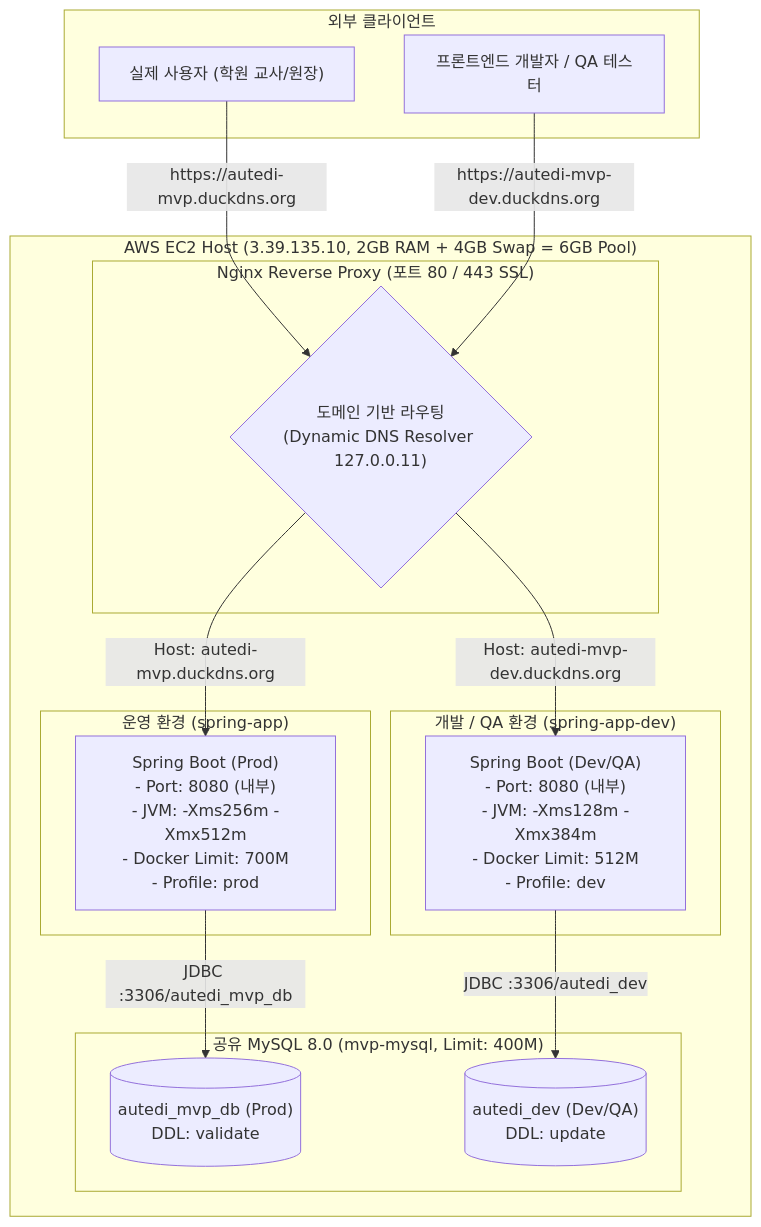
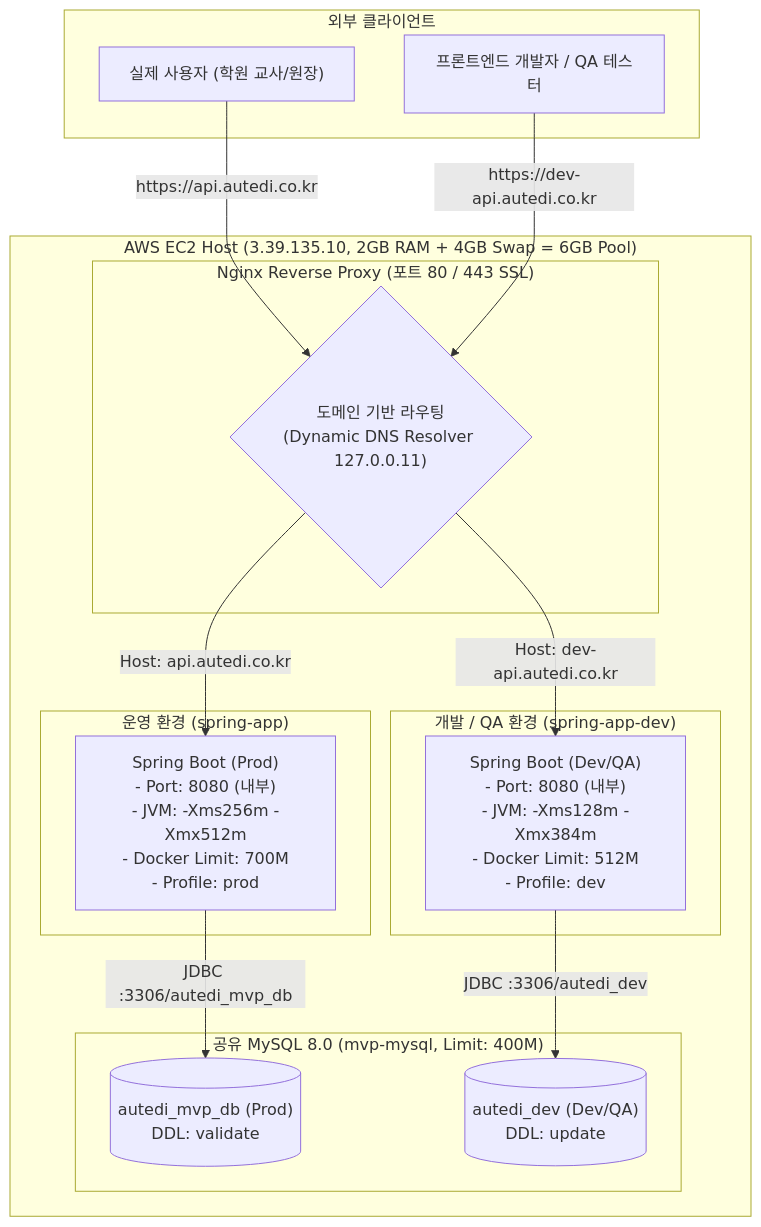
Before and after one commit to AUTEDI/AUTEDI-backend: the tenth of 11 diagrams in docs/DECISIONS.md, drawn with Mermaid. The commit also changed other lines of this file and 9 other files, not shown here.

````diff
--- a/docs/DECISIONS.md
+++ b/docs/DECISIONS.md
@@ -1718,35 +1719,35 @@
 ```mermaid
 flowchart TD
     subgraph Client["외부 클라이언트"]
         User["실제 사용자 (학원 교사/원장)"]
         Tester["프론트엔드 개발자 / QA 테스터"]
     end
 
     subgraph AWS_EC2["AWS EC2 Host (3.39.135.10, 2GB RAM + 4GB Swap = 6GB Pool)"]
         subgraph Nginx_Proxy["Nginx Reverse Proxy (포트 80 / 443 SSL)"]
             Router{"도메인 기반 라우팅\n(Dynamic DNS Resolver 127.0.0.11)"}
         end
 
         subgraph Docker_Prod["운영 환경 (spring-app)"]
             SpringProd["Spring Boot (Prod)\n- Port: 8080 (내부)\n- JVM: -Xms256m -Xmx512m\n- Docker Limit: 700M\n- Profile: prod"]
         end
 
         subgraph Docker_Dev["개발 / QA 환경 (spring-app-dev)"]
             SpringDev["Spring Boot (Dev/QA)\n- Port: 8080 (내부)\n- JVM: -Xms128m -Xmx384m\n- Docker Limit: 512M\n- Profile: dev"]
         end
 
         subgraph Docker_MySQL["공유 MySQL 8.0 (mvp-mysql, Limit: 400M)"]
             DB_Prod[("autedi_mvp_db (Prod)\nDDL: validate")]
             DB_Dev[("autedi_dev (Dev/QA)\nDDL: update")]
         end
     end
 
-    User -->|"https://autedi-mvp.duckdns.org"| Router
-    Tester -->|"https://autedi-mvp-dev.duckdns.org"| Router
+    User -->|"https://api.autedi.co.kr"| Router
+    Tester -->|"https://dev-api.autedi.co.kr"| Router
 
-    Router -->|"Host: autedi-mvp.duckdns.org"| SpringProd
-    Router -->|"Host: autedi-mvp-dev.duckdns.org"| SpringDev
+    Router -->|"Host: api.autedi.co.kr"| SpringProd
+    Router -->|"Host: dev-api.autedi.co.kr"| SpringDev
 
     SpringProd -->|"JDBC :3306/autedi_mvp_db"| DB_Prod
     SpringDev -->|"JDBC :3306/autedi_dev"| DB_Dev
 ```
````
